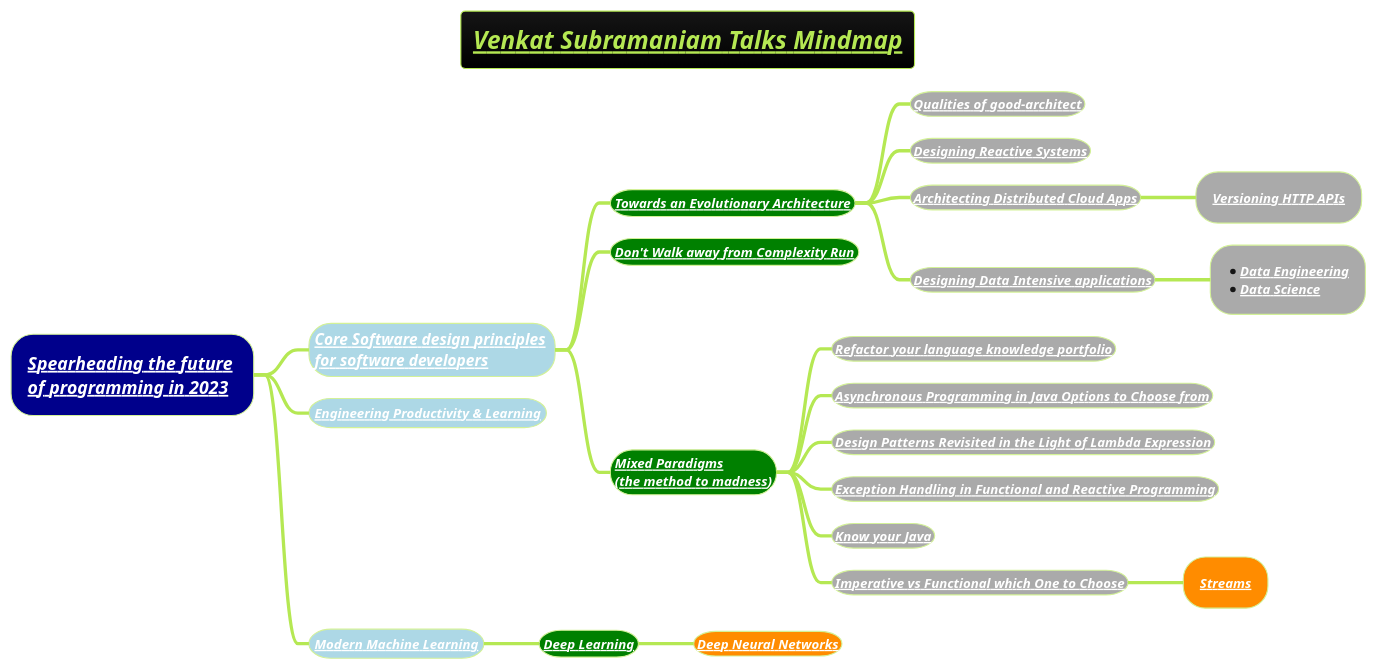
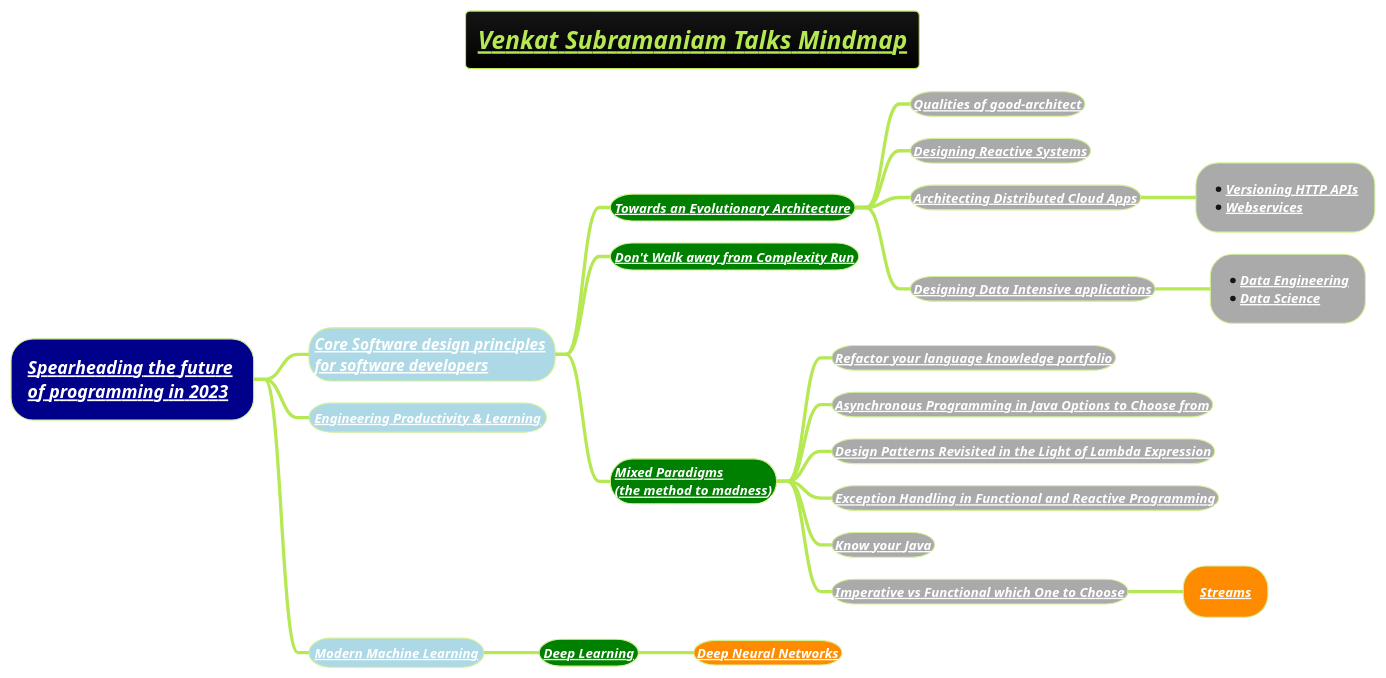
One commit to MehmoodHashmi/Documentation-as-Code-DaC changed the diagram in docs/3-programming-languages/Venkat-Subramaniam/venkat-talks-mindmap.puml. Above: the diagram before and after it, drawn with PlantUML.

```diff
--- a/docs/3-programming-languages/Venkat-Subramaniam/venkat-talks-mindmap.puml
+++ b/docs/3-programming-languages/Venkat-Subramaniam/venkat-talks-mindmap.puml
@@ -1,28 +1,28 @@
 @startmindmap
 title =<i><b><u><size:18>Venkat Subramaniam Talks Mindmap
 !theme hacker
 
 *[#darkblue] <i><color #black>[[docs/3-programming-languages/Venkat-Subramaniam/Spearheading-the-future-of-programming-2023.puml Spearheading the future]] \n<i><color #black>[[docs/3-programming-languages/Venkat-Subramaniam/Spearheading-the-future-of-programming-2023.puml of programming in 2023]]
 **[#lightblue] <color:white><i>[[docs/3-programming-languages/Venkat-Subramaniam/Core-Software-design-principles-for-software-developers.puml Core Software design principles]] \n<color:white><i>[[docs/3-programming-languages/Venkat-Subramaniam/Core-Software-design-principles-for-software-developers.puml for software developers ]]
 ***[#green] <b><i><color #black><size:12>[[docs/3-programming-languages/Venkat-Subramaniam/Towards-an-Evolutionary-Architecture.puml Towards an Evolutionary Architecture]]
 ****[#a] <b><i><color #black><size:12>[[docs/3-programming-languages/Venkat-Subramaniam/Qualities-of-good-architect.puml Qualities of good-architect]]
 ****[#a] <b><i><color #black><size:12>[[docs/3-programming-languages/Venkat-Subramaniam/Designing-Reactive-Systems.puml Designing Reactive Systems]]
 ****[#a] <b><i><color #black><size:12>[[docs/3-programming-languages/Venkat-Subramaniam/Architecting-Distributed-Cloud-Apps.puml Architecting Distributed Cloud Apps]]
-*****[#a] <b><i><color #black><size:12>[[docs/3-programming-languages/Venkat-Subramaniam/Architecting-Distributed-Cloud-Apps.puml Versioning HTTP APIs]]
+*****[#a] *<b><i><color #black><size:12>[[docs/3-programming-languages/Venkat-Subramaniam/Architecting-Distributed-Cloud-Apps.puml Versioning HTTP APIs]] \n*<b><i><color #black><size:12>[[docs/3-programming-languages/Venkat-Subramaniam/webservice.puml Webservices]]
 ****[#a] <b><i><color #black><size:12>[[docs/books/1-books-backlog/DBMS/Designing-Data-Intensive-Applications.puml Designing Data Intensive applications]]
 *****[#a] *<b><i><color #black><size:12>[[docs/AI-ML-DL-Data-Science-and-BigData/data-science/data-engineering/Data-Engineering.puml Data Engineering]] \n*<b><i><color #black><size:12>[[docs/AI-ML-DL-Data-Science-and-BigData/data-science/Data-Science.puml Data Science]]
 ***[#green] <b><i><color #black><size:12>[[docs/3-programming-languages/Venkat-Subramaniam/Do-not-Walk-Away-From-Complexity-Run.puml Don't Walk away from Complexity Run]]
 ***[#green] <b><i><color #black><size:12>[[docs/3-programming-languages/Venkat-Subramaniam/mixed-paradigms-(the-method-to-madness).puml Mixed Paradigms]] \n<b><i><color #black><size:12>[[docs/3-programming-languages/Venkat-Subramaniam/mixed-paradigms-(the-method-to-madness).puml (the method to madness)]]
 ****[#a] <b><i><color #black><size:12>[[docs/3-programming-languages/Venkat-Subramaniam/Refactor-your-language-knowledge-portfolio-(we-are-what-we-can-code-in).puml Refactor your language knowledge portfolio]]
 ****[#a] <b><i><color #black><size:12>[[docs/3-programming-languages/Venkat-Subramaniam/Asynchronous-Programming-in-Java-Options-to-Choose-from.puml Asynchronous Programming in Java Options to Choose from]]
 ****[#a] <b><i><color #black><size:12>[[docs/3-programming-languages/Venkat-Subramaniam/Design-Patterns-revisited-in-the-Light-of-Lambda-Expression.puml Design Patterns Revisited in the Light of Lambda Expression]]
 ****[#a] <b><i><color #black><size:12>[[docs/3-programming-languages/Venkat-Subramaniam/Exception-Handling-in-Functional-and-Reactive-Programming.puml Exception Handling in Functional and Reactive Programming]]
 ****[#a] <b><i><color #black><size:12>[[docs/3-programming-languages/Venkat-Subramaniam/Know-your-java-venkat.puml Know your Java]]
 ****[#a] <b><i><color #black><size:12>[[docs/3-programming-languages/Venkat-Subramaniam/Imperative-vs-Functional-Which-one-to-Choose.puml Imperative vs Functional which One to Choose]]
 *****[#darkorange] <b><i><color #black><size:12>[[docs/3-programming-languages/Venkat-Subramaniam/Streams.puml Streams]]
 **[#lightblue] <b><i><color #black><size:12>[[docs/3-programming-languages/Venkat-Subramaniam/Engineering-Productivity-and-Learning.puml Engineering Productivity & Learning]]
 **[#lightblue] <b><i><color #black><size:12>[[docs/AI-ML-DL-Data-Science-and-BigData/machine-learning-ML/Modern-Machine-Learning.puml Modern Machine Learning]]
 ***[#green] <b><i><color #black><size:12>[[docs/AI-ML-DL-Data-Science-and-BigData/machine-learning-ML/3-deep-learning-DL/Deep-Learning.puml Deep Learning]]
 ****[#darkorange] <b><i><color #black><size:12>[[docs/AI-ML-DL-Data-Science-and-BigData/machine-learning-ML/3-deep-learning-DL/Neural-Network-Architecture.puml Deep Neural Networks]]
 
 @endmindmap
```
